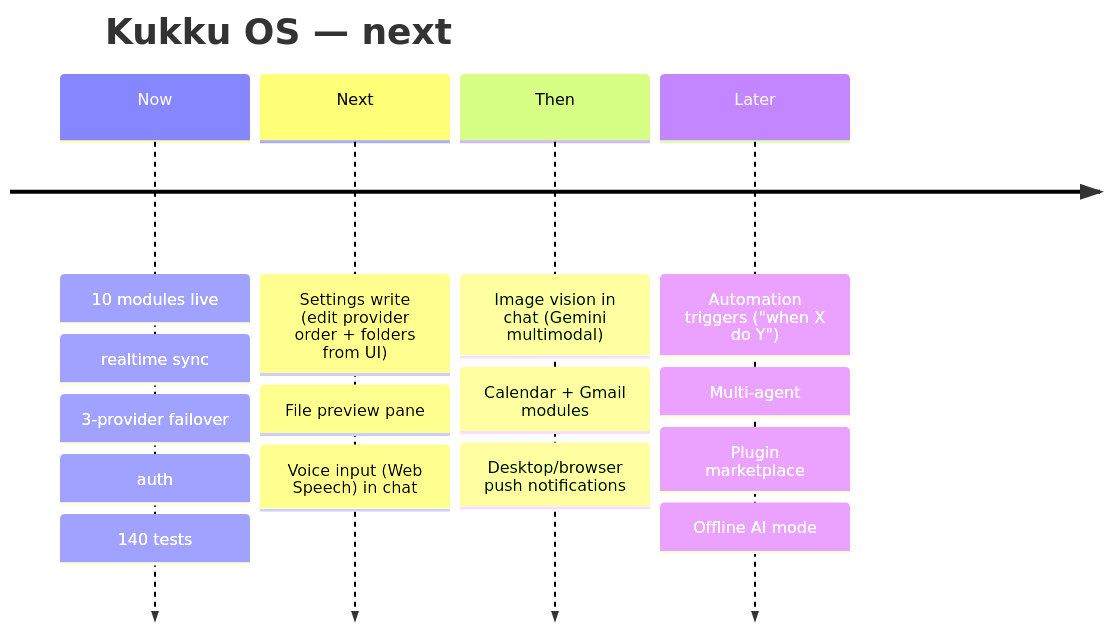
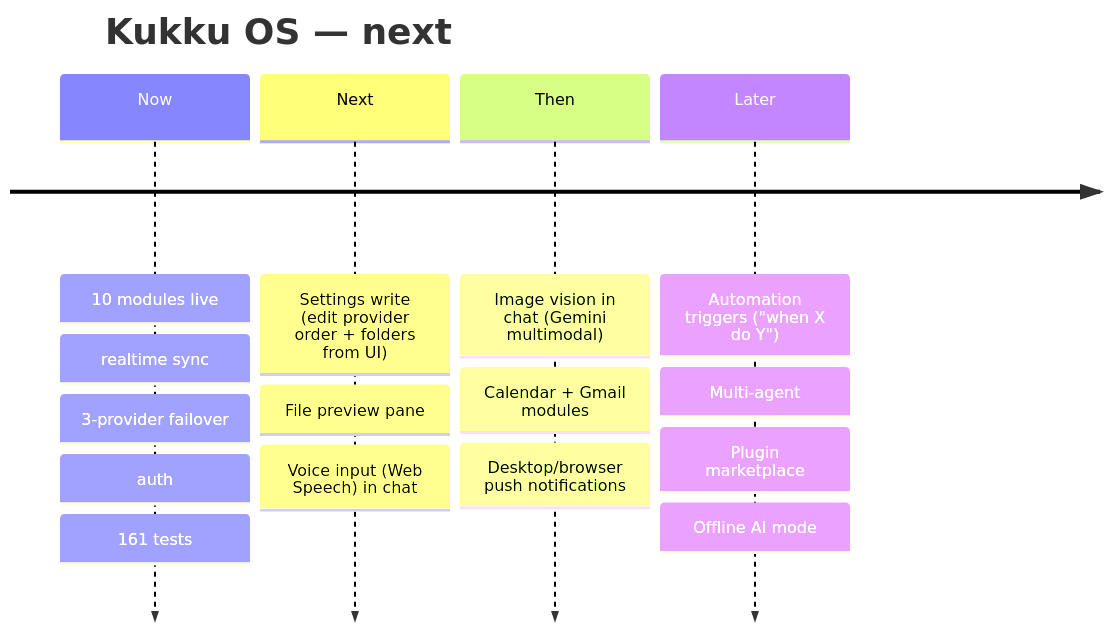
Before and after one commit to manishsinghks/Kukku: the third of 3 diagrams in docs/WEB_DASHBOARD.md, drawn with Mermaid. The commit also changed other lines of this file and 46 other files, not shown here.

````diff
--- a/docs/WEB_DASHBOARD.md
+++ b/docs/WEB_DASHBOARD.md
@@ -163,8 +163,8 @@
 ```mermaid
 timeline
     title Kukku OS — next
-    Now : 10 modules live : realtime sync : 3-provider failover : auth : 140 tests
+    Now : 10 modules live : realtime sync : 3-provider failover : auth : 161 tests
     Next : Settings write (edit provider order + folders from UI) : File preview pane : Voice input (Web Speech) in chat
     Then : Image vision in chat (Gemini multimodal) : Calendar + Gmail modules : Desktop/browser push notifications
     Later : Automation triggers ("when X do Y") : Multi-agent : Plugin marketplace : Offline AI mode
 ```
````
